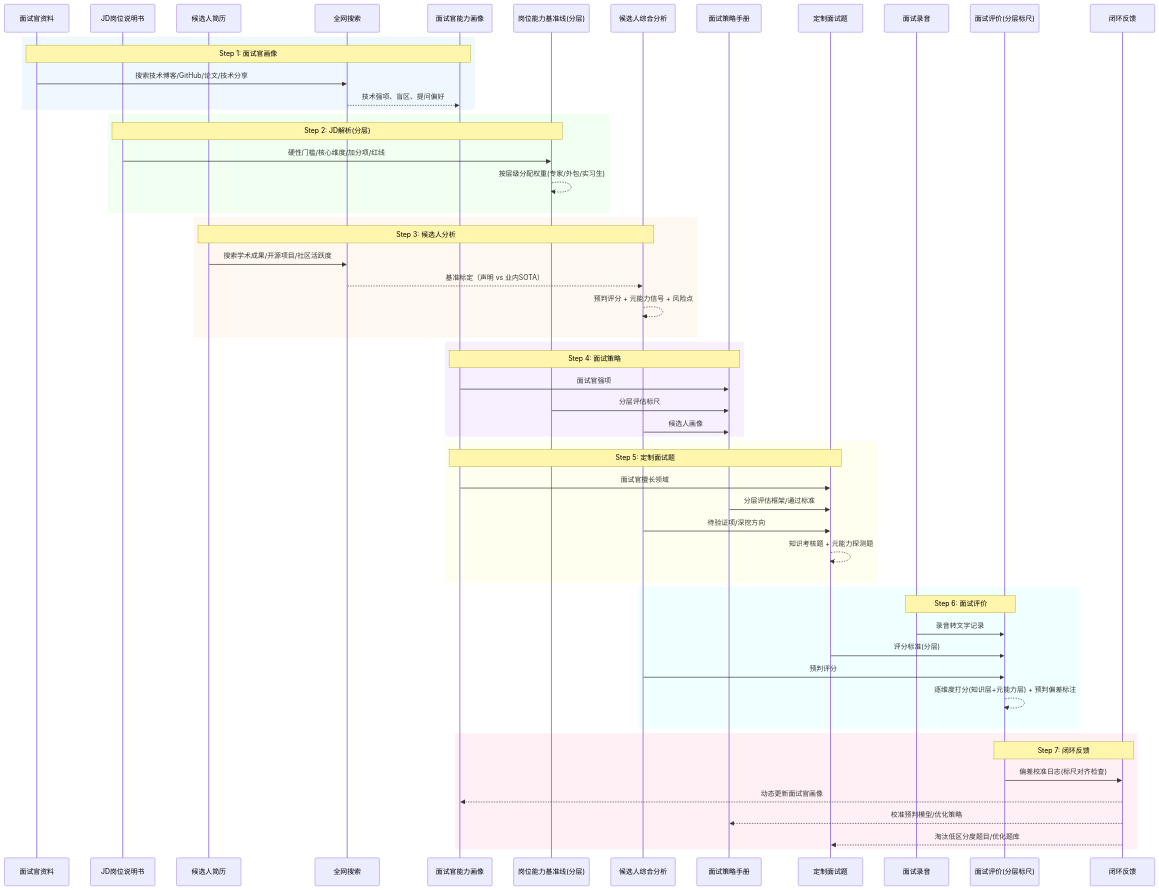
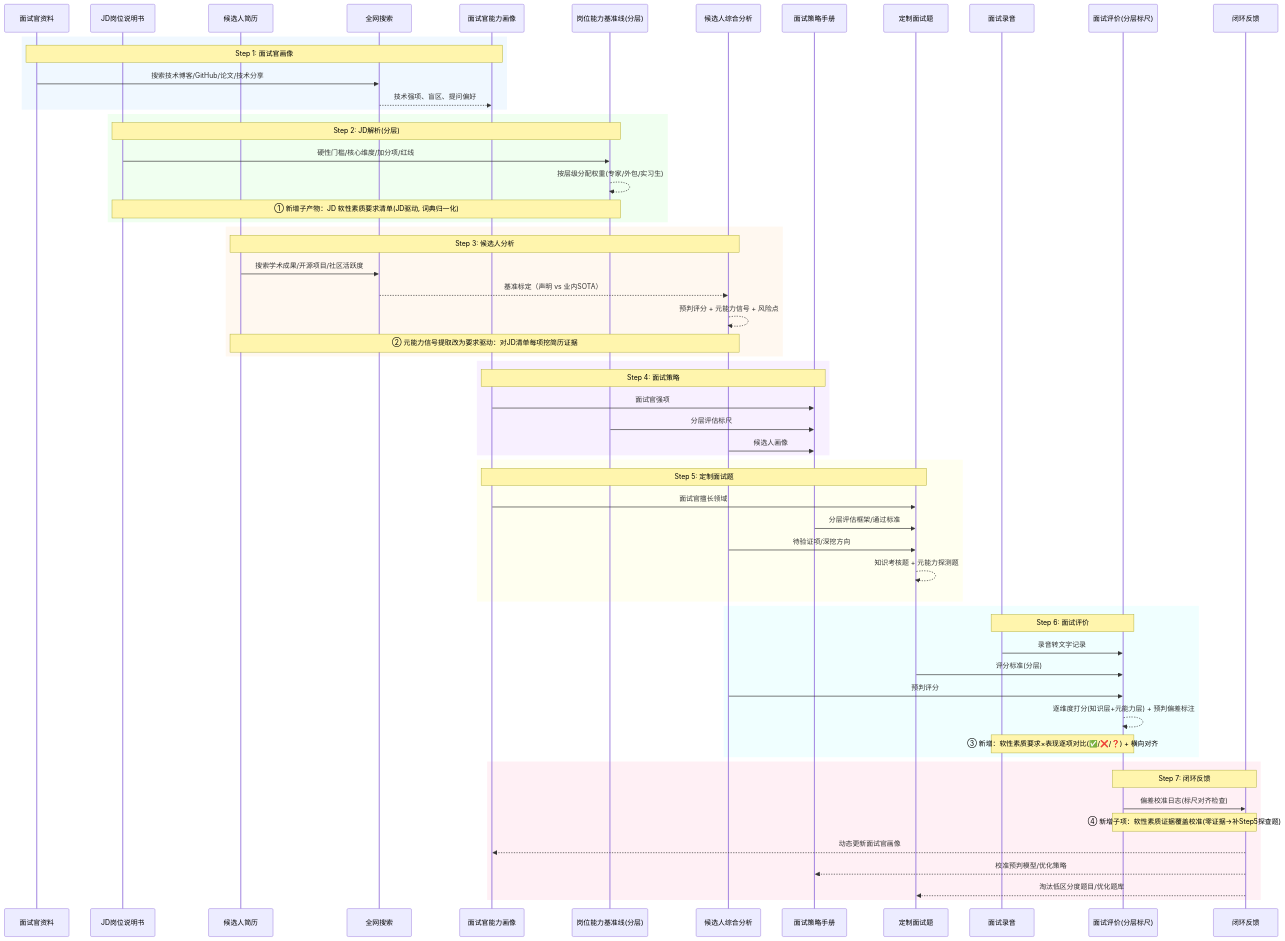
Before and after one commit to Beants/interview-loop: the diagram in skill/SKILL.md, drawn with Mermaid. The commit also changed other lines of this file and 6 other files, not shown here.

````diff
--- a/skill/SKILL.md
+++ b/skill/SKILL.md
@@ -89,65 +110,69 @@
 ```mermaid
 sequenceDiagram
     participant IO as 面试官资料
     participant JD as JD岗位说明书
     participant CV as 候选人简历
     participant WEB as 全网搜索
     participant PROFILE as 面试官能力画像
     participant BASELINE as 岗位能力基准线(分层)
     participant ANALYSIS as 候选人综合分析
     participant STRATEGY as 面试策略手册
     participant QUESTIONS as 定制面试题
     participant RECORD as 面试录音
     participant EVAL as 面试评价(分层标尺)
     participant FEEDBACK as 闭环反馈
 
     rect rgb(240, 248, 255)
     Note over IO, PROFILE: Step 1: 面试官画像
     IO->>WEB: 搜索技术博客/GitHub/论文/技术分享
     WEB-->>PROFILE: 技术强项、盲区、提问偏好
     end
 
     rect rgb(240, 255, 240)
     Note over JD, BASELINE: Step 2: JD解析(分层)
     JD->>BASELINE: 硬性门槛/核心维度/加分项/红线
     BASELINE-->>BASELINE: 按层级分配权重(专家/外包/实习生)
+    Note over JD, BASELINE: ① 新增子产物：JD 软性素质要求清单(JD驱动, 词典归一化)
     end
 
     rect rgb(255, 248, 240)
     Note over CV, ANALYSIS: Step 3: 候选人分析
     CV->>WEB: 搜索学术成果/开源项目/社区活跃度
     WEB-->>ANALYSIS: 基准标定（声明 vs 业内SOTA）
     ANALYSIS-->>ANALYSIS: 预判评分 + 元能力信号 + 风险点
+    Note over CV, ANALYSIS: ② 元能力信号提取改为要求驱动：对JD清单每项挖简历证据
     end
 
     rect rgb(248, 240, 255)
     Note over PROFILE, STRATEGY: Step 4: 面试策略
     PROFILE->>STRATEGY: 面试官强项
     BASELINE->>STRATEGY: 分层评估标尺
     ANALYSIS->>STRATEGY: 候选人画像
     end
 
     rect rgb(255, 255, 240)
     Note over PROFILE, QUESTIONS: Step 5: 定制面试题
     PROFILE->>QUESTIONS: 面试官擅长领域
     STRATEGY->>QUESTIONS: 分层评估框架/通过标准
     ANALYSIS->>QUESTIONS: 待验证项/深挖方向
     QUESTIONS-->>QUESTIONS: 知识考核题 + 元能力探测题
     end
 
     rect rgb(240, 255, 255)
     Note over RECORD, EVAL: Step 6: 面试评价
     RECORD->>EVAL: 录音转文字记录
     QUESTIONS->>EVAL: 评分标准(分层)
     ANALYSIS->>EVAL: 预判评分
     EVAL-->>EVAL: 逐维度打分(知识层+元能力层) + 预判偏差标注
+    Note over RECORD, EVAL: ③ 新增：软性素质要求×表现逐项对比(✅/❌/❓) + 横向对齐
     end
 
     rect rgb(255, 240, 245)
     Note over EVAL, FEEDBACK: Step 7: 闭环反馈
     EVAL->>FEEDBACK: 偏差校准日志(标尺对齐检查)
+    Note over EVAL, FEEDBACK: ④ 新增子项：软性素质证据覆盖校准(零证据→补Step5探查题)
     FEEDBACK-->>PROFILE: 动态更新面试官画像
     FEEDBACK-->>STRATEGY: 校准预判模型/优化策略
     FEEDBACK-->>QUESTIONS: 淘汰低区分度题目/优化题库
     end
 ```
````
